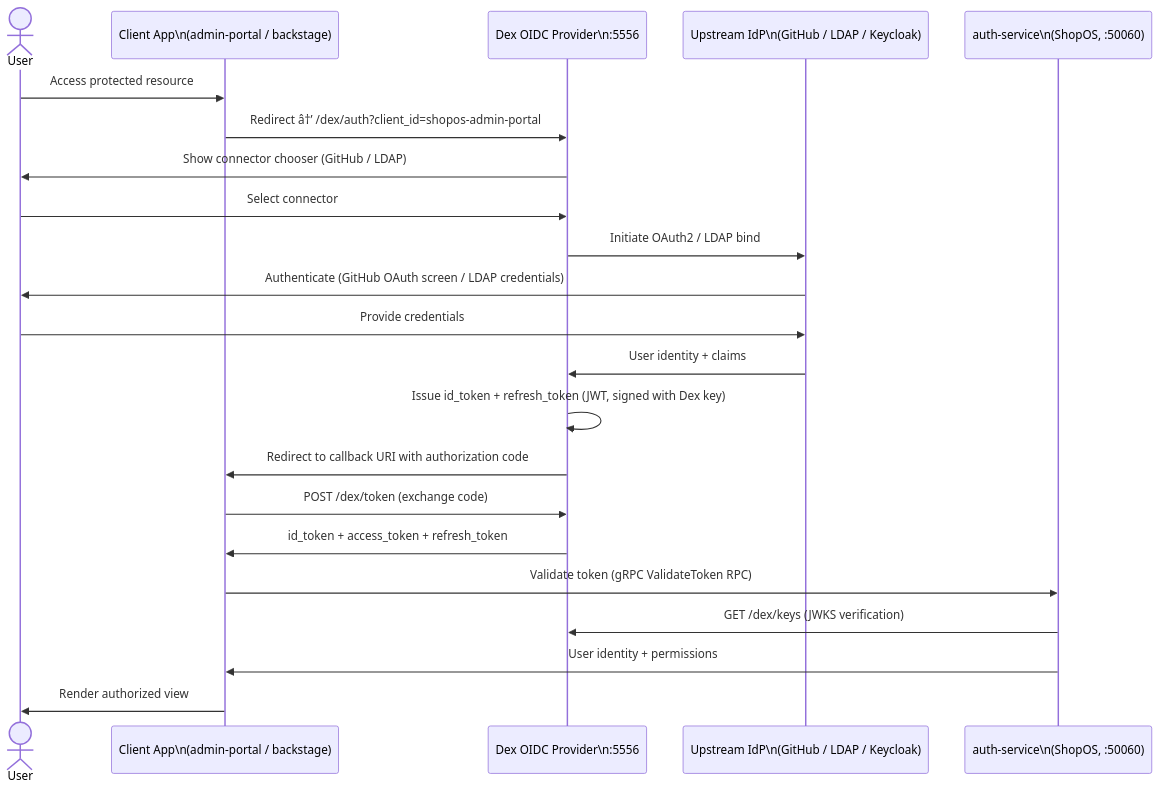
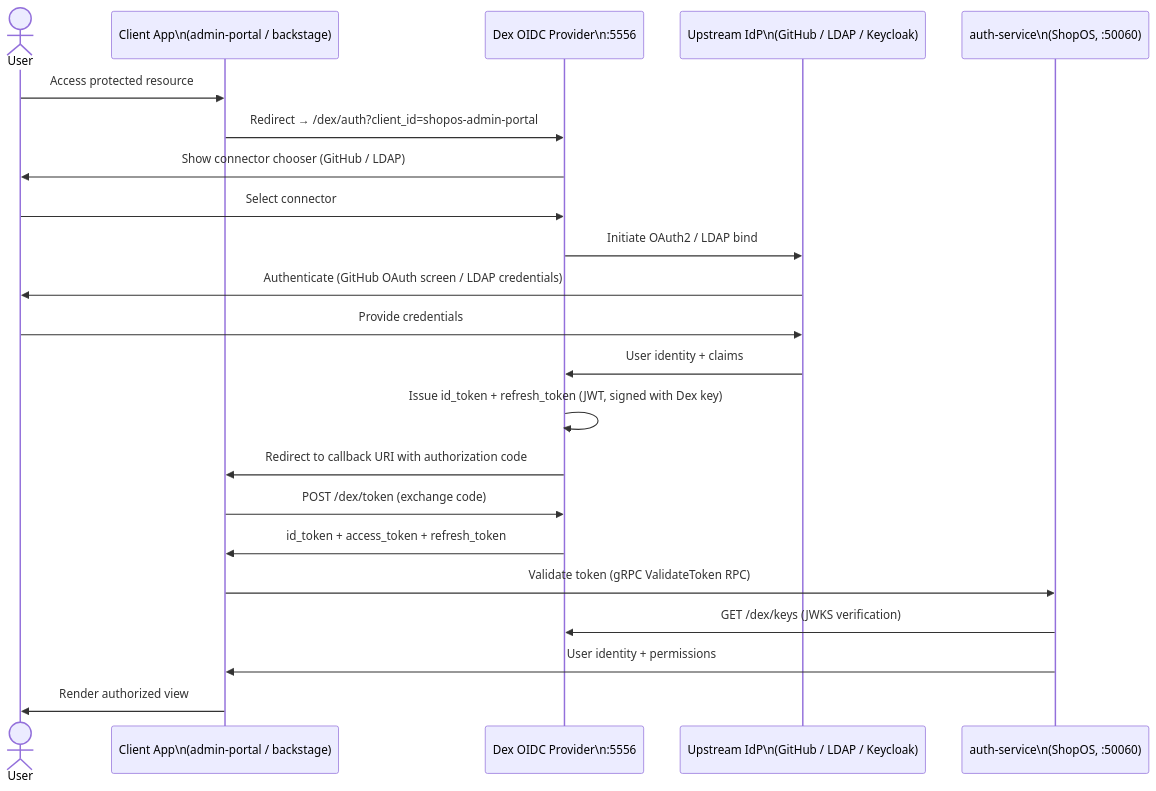
Before and after one commit to prabhat-roy/ShopOS: the diagram in security/dex/README.md, drawn with Mermaid. The commit also changed other lines of this file and 2221 other files, not shown here.

````diff
--- a/security/dex/README.md
+++ b/security/dex/README.md
@@ -15,25 +15,25 @@
 ```mermaid
 sequenceDiagram
     actor User
     participant App as Client App\n(admin-portal / backstage)
     participant Dex as Dex OIDC Provider\n:5556
     participant Upstream as Upstream IdP\n(GitHub / LDAP / Keycloak)
     participant AuthSvc as auth-service\n(ShopOS, :50060)
 
     User->>App: Access protected resource
-    App->>Dex: Redirect â†’ /dex/auth?client_id=shopos-admin-portal
+    App->>Dex: Redirect → /dex/auth?client_id=shopos-admin-portal
     Dex->>User: Show connector chooser (GitHub / LDAP)
     User->>Dex: Select connector
     Dex->>Upstream: Initiate OAuth2 / LDAP bind
     Upstream->>User: Authenticate (GitHub OAuth screen / LDAP credentials)
     User->>Upstream: Provide credentials
     Upstream->>Dex: User identity + claims
     Dex->>Dex: Issue id_token + refresh_token (JWT, signed with Dex key)
     Dex->>App: Redirect to callback URI with authorization code
     App->>Dex: POST /dex/token (exchange code)
     Dex->>App: id_token + access_token + refresh_token
     App->>AuthSvc: Validate token (gRPC ValidateToken RPC)
     AuthSvc->>Dex: GET /dex/keys (JWKS verification)
     AuthSvc->>App: User identity + permissions
     App->>User: Render authorized view
 ```
````
